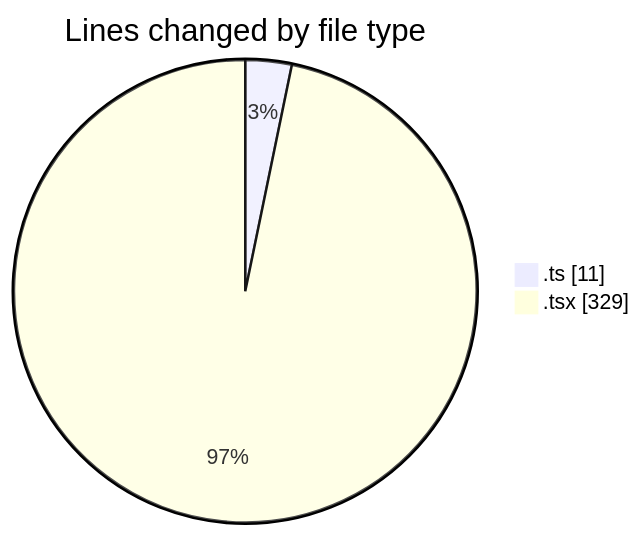
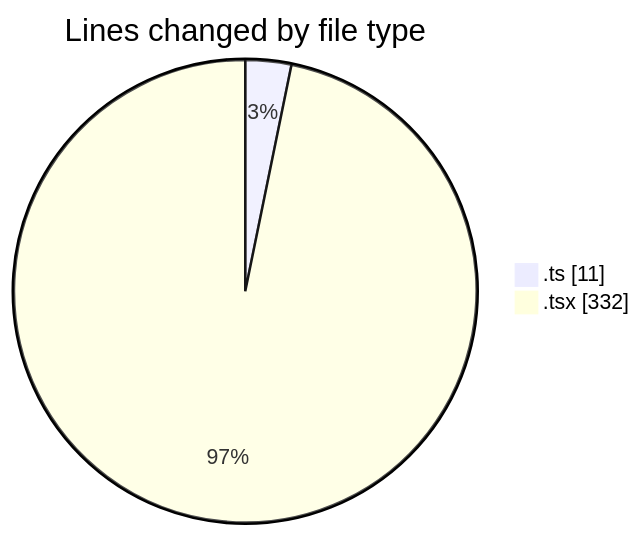
The first of 2 diagrams in 2025-03-21/cda/README.md (momahboobian/code-tracking), drawn with Mermaid before and after one commit. The commit also changed other lines of this file and 1 other file, not shown here.

````diff
--- a/2025-03-21/cda/README.md
+++ b/2025-03-21/cda/README.md
@@ -23,6 +23,6 @@
 ```mermaid
 pie showData
 title Lines changed by file type
 ".ts" : 11
-".tsx" : 329
+".tsx" : 332
 ```
````
